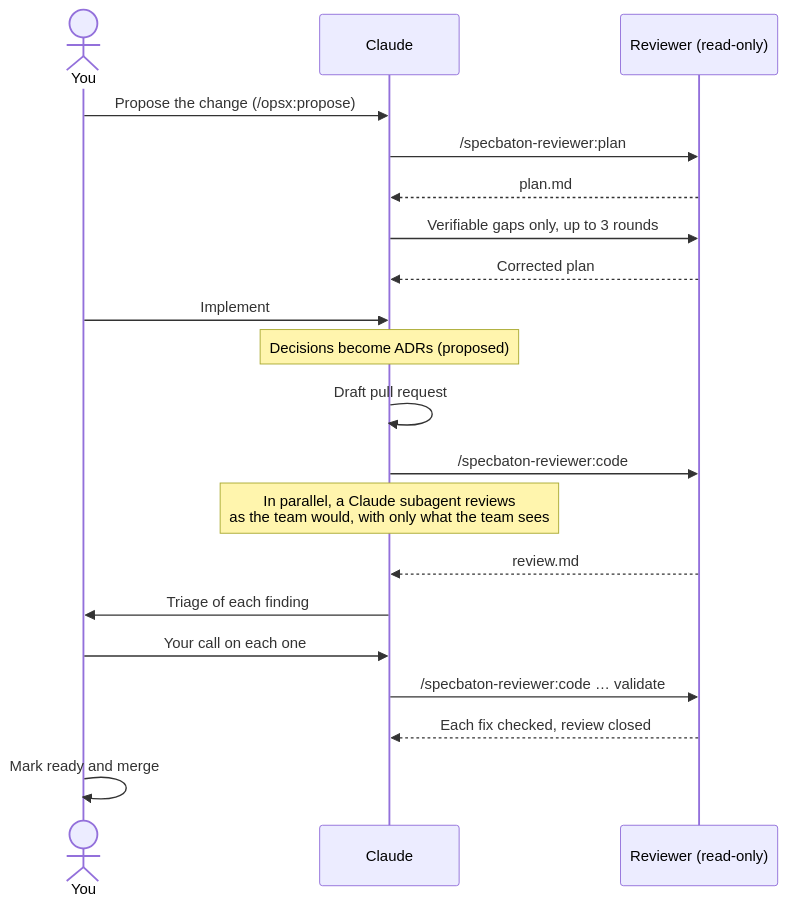
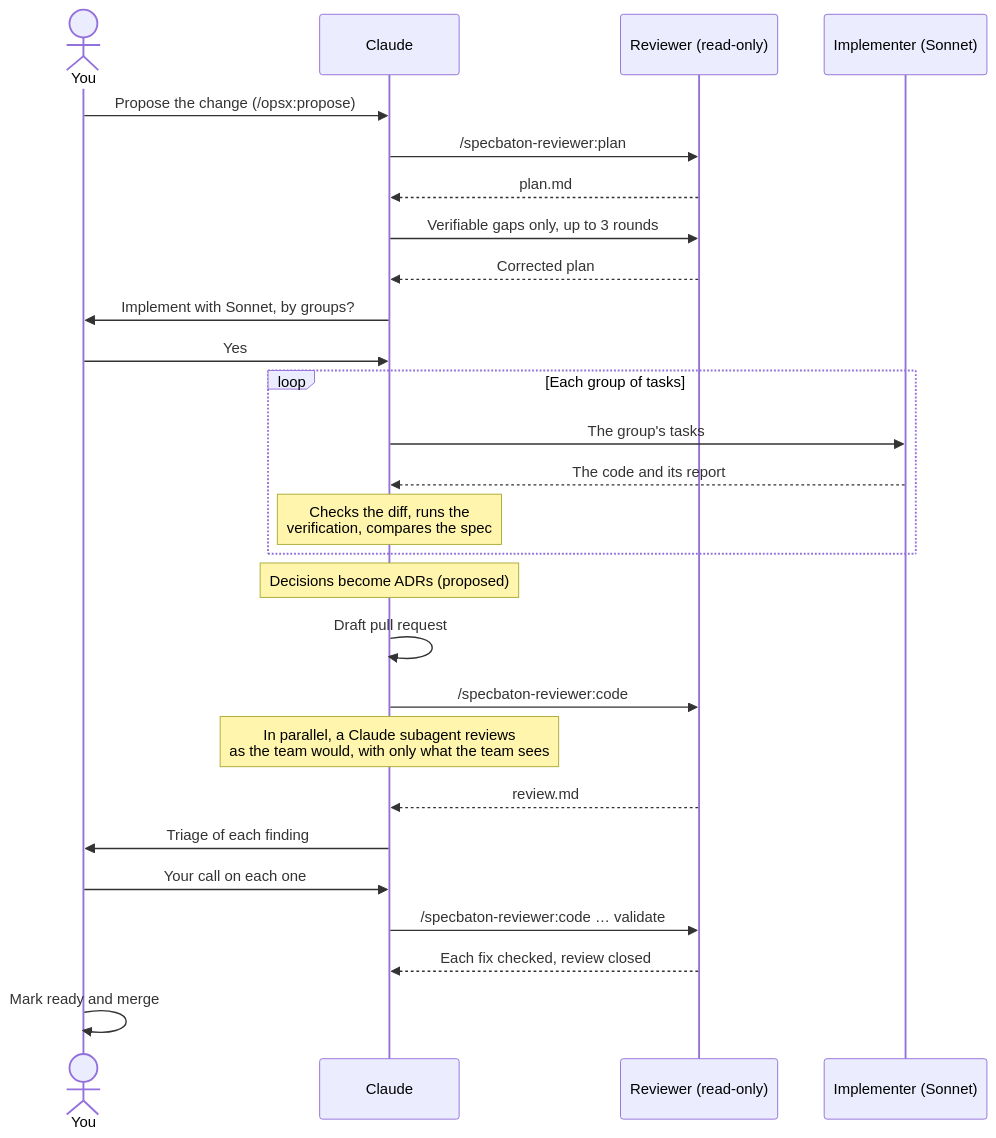
Before and after one commit to cvillanueva84/specbaton: the second of 2 diagrams in README.md, drawn with Mermaid. The commit also changed other lines of this file and 4 other files, not shown here.

````diff
--- a/README.md
+++ b/README.md
@@ -74,22 +74,29 @@
 ```mermaid
 sequenceDiagram
     actor You
     participant C as Claude
     participant R as Reviewer (read-only)
+    participant I as Implementer (Sonnet)
     You->>C: Propose the change (/opsx:propose)
     C->>R: /specbaton-reviewer:plan
     R-->>C: plan.md
     C->>R: Verifiable gaps only, up to 3 rounds
     R-->>C: Corrected plan
-    You->>C: Implement
+    C->>You: Implement with Sonnet, by groups?
+    You->>C: Yes
+    loop Each group of tasks
+        C->>I: The group's tasks
+        I-->>C: The code and its report
+        Note over C: Checks the diff, runs the<br/>verification, compares the spec
+    end
     Note over C: Decisions become ADRs (proposed)
     C->>C: Draft pull request
     C->>R: /specbaton-reviewer:code
     Note over C: In parallel, a Claude subagent reviews<br/>as the team would, with only what the team sees
     R-->>C: review.md
     C->>You: Triage of each finding
     You->>C: Your call on each one
     C->>R: /specbaton-reviewer:code … validate
     R-->>C: Each fix checked, review closed
     You->>You: Mark ready and merge
 ```
````
